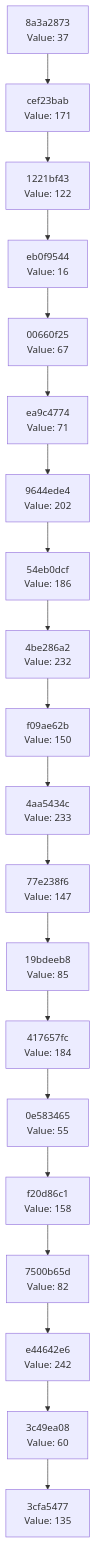
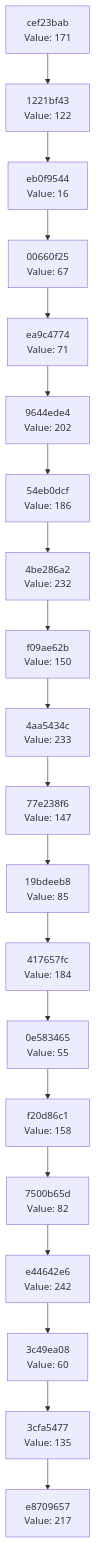
Before and after one commit to Abhisheksinha1506/hash-chain-evolver: the diagram in docs/CHAIN_VISUALIZATION.md, drawn with Mermaid. The commit also changed 3 other files, not shown here.

````diff
--- a/docs/CHAIN_VISUALIZATION.md
+++ b/docs/CHAIN_VISUALIZATION.md
@@ -3,42 +3,42 @@
 ```mermaid
 graph TD
-    C0["3cfa5477<br/>Value: 135"]
-    C1["3c49ea08<br/>Value: 60"]
+    C0["e8709657<br/>Value: 217"]
+    C1["3cfa5477<br/>Value: 135"]
     C1 --> C0
-    C2["e44642e6<br/>Value: 242"]
+    C2["3c49ea08<br/>Value: 60"]
     C2 --> C1
-    C3["7500b65d<br/>Value: 82"]
+    C3["e44642e6<br/>Value: 242"]
     C3 --> C2
-    C4["f20d86c1<br/>Value: 158"]
+    C4["7500b65d<br/>Value: 82"]
     C4 --> C3
-    C5["0e583465<br/>Value: 55"]
+    C5["f20d86c1<br/>Value: 158"]
     C5 --> C4
-    C6["417657fc<br/>Value: 184"]
+    C6["0e583465<br/>Value: 55"]
     C6 --> C5
-    C7["19bdeeb8<br/>Value: 85"]
+    C7["417657fc<br/>Value: 184"]
     C7 --> C6
-    C8["77e238f6<br/>Value: 147"]
+    C8["19bdeeb8<br/>Value: 85"]
     C8 --> C7
-    C9["4aa5434c<br/>Value: 233"]
+    C9["77e238f6<br/>Value: 147"]
     C9 --> C8
-    C10["f09ae62b<br/>Value: 150"]
+    C10["4aa5434c<br/>Value: 233"]
     C10 --> C9
-    C11["4be286a2<br/>Value: 232"]
+    C11["f09ae62b<br/>Value: 150"]
     C11 --> C10
-    C12["54eb0dcf<br/>Value: 186"]
+    C12["4be286a2<br/>Value: 232"]
     C12 --> C11
-    C13["9644ede4<br/>Value: 202"]
+    C13["54eb0dcf<br/>Value: 186"]
     C13 --> C12
-    C14["ea9c4774<br/>Value: 71"]
+    C14["9644ede4<br/>Value: 202"]
     C14 --> C13
-    C15["00660f25<br/>Value: 67"]
+    C15["ea9c4774<br/>Value: 71"]
     C15 --> C14
-    C16["eb0f9544<br/>Value: 16"]
+    C16["00660f25<br/>Value: 67"]
     C16 --> C15
-    C17["1221bf43<br/>Value: 122"]
+    C17["eb0f9544<br/>Value: 16"]
     C17 --> C16
-    C18["cef23bab<br/>Value: 171"]
+    C18["1221bf43<br/>Value: 122"]
     C18 --> C17
-    C19["8a3a2873<br/>Value: 37"]
+    C19["cef23bab<br/>Value: 171"]
     C19 --> C18
 ```
````
